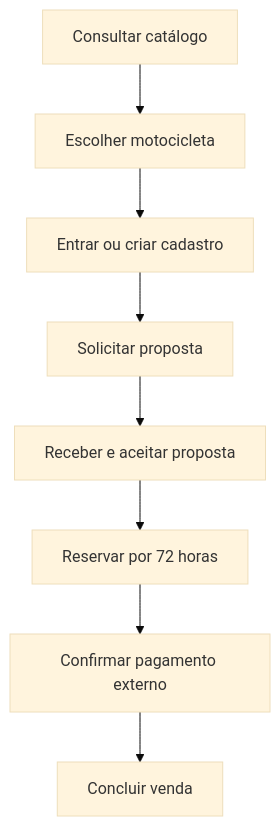
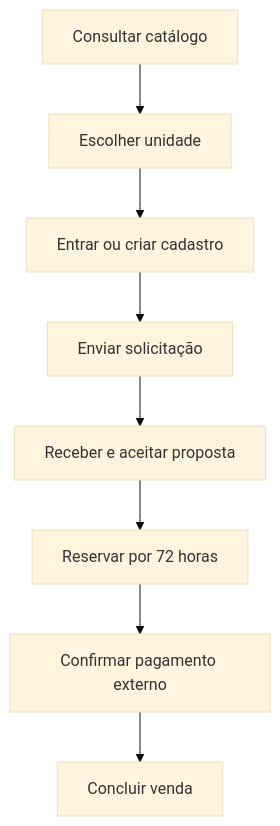
The diagram in docs/03-user-journey.md (notmaikeise/maikeise-motohub), drawn with Mermaid (base theme) before and after one commit. The commit also changed other lines of this file and 12 other files, not shown here.

````diff
--- a/docs/03-user-journey.md
+++ b/docs/03-user-journey.md
@@ -31,10 +31,10 @@
 ```mermaid
 flowchart TD
-    A[Consultar catálogo] --> B[Escolher motocicleta]
+    A[Consultar catálogo] --> B[Escolher unidade]
     B --> C[Entrar ou criar cadastro]
-    C --> D[Solicitar proposta]
+    C --> D[Enviar solicitação]
     D --> E[Receber e aceitar proposta]
     E --> F[Reservar por 72 horas]
     F --> G[Confirmar pagamento externo]
     G --> H[Concluir venda]
 ```
````
